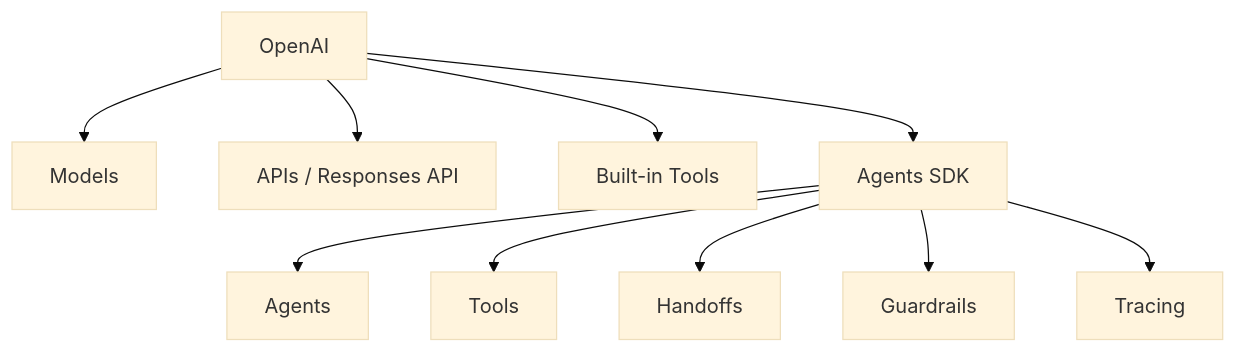
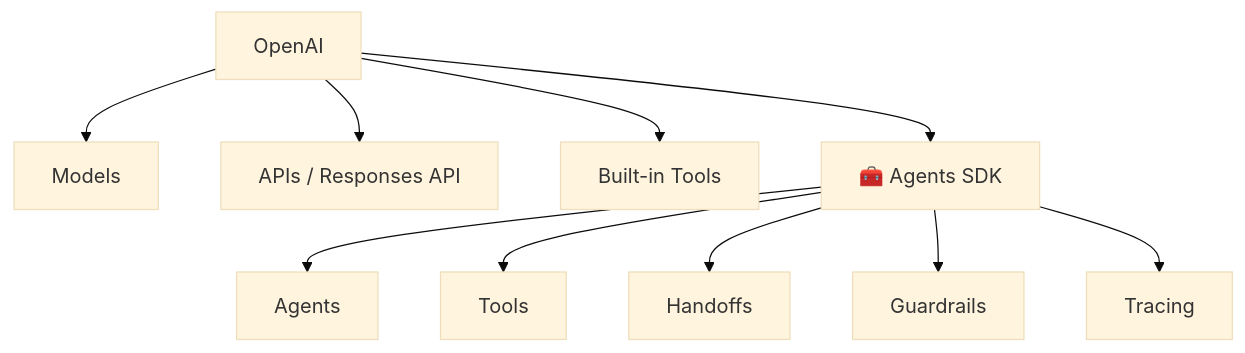
Before and after one commit to maliksiddiq/learning-agentic-ai: the fourth of 31 diagrams in Agentic Ai Learning/08 Open-ai-agent-sdk/00 Introduction/Readme.md, drawn with Mermaid (base theme). The commit also changed other lines of this file, not shown here.

Commit message:
Introduction OF open-ai-agent-sdk

````diff
--- a/Agentic Ai Learning/08 Open-ai-agent-sdk/00 Introduction/Readme.md
+++ b/Agentic Ai Learning/08 Open-ai-agent-sdk/00 Introduction/Readme.md
@@ -101,12 +126,12 @@
 ```mermaid
 flowchart TD
     OpenAI --> Models
     OpenAI --> APIs["APIs / Responses API"]
     OpenAI --> Tools["Built-in Tools"]
-    OpenAI --> SDK["Agents SDK"]
+    OpenAI --> SDK["🧰 Agents SDK"]
     SDK --> Agents
     SDK --> AgentTools["Tools"]
     SDK --> Handoffs
     SDK --> Guardrails
     SDK --> Tracing
 ```
````
